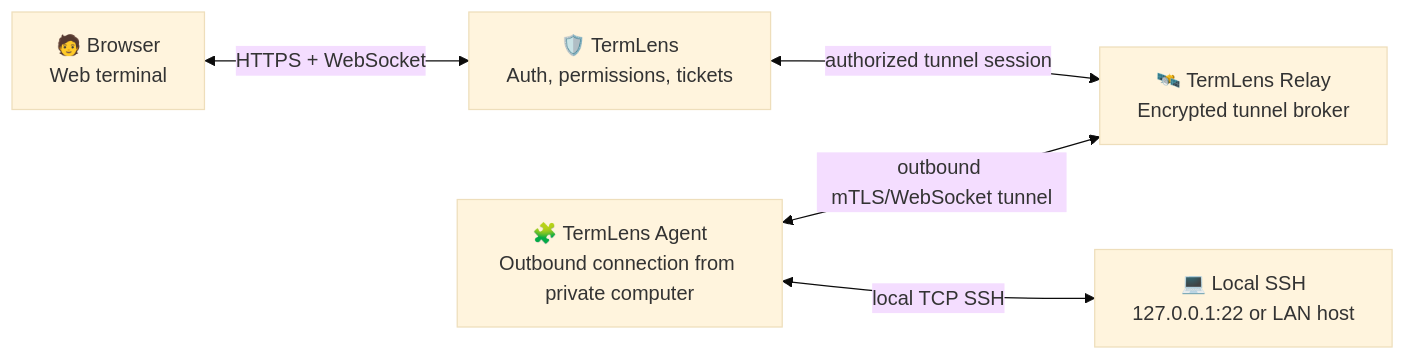
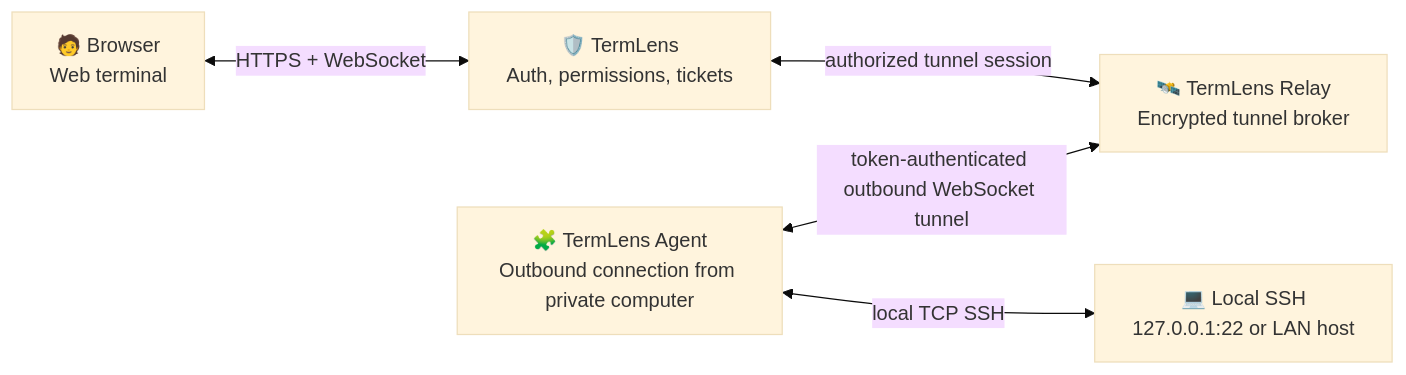
The first of 2 diagrams in ROADMAP.md (difflens-io/termlens), drawn with Mermaid (base theme) before and after one commit. The commit also changed other lines of this file and 17 other files, not shown here.

````diff
--- a/ROADMAP.md
+++ b/ROADMAP.md
@@ -45,13 +45,13 @@
 ```mermaid
 flowchart LR
   Browser["🧑 Browser<br/>Web terminal"]
   TermLens["🛡️ TermLens<br/>Auth, permissions, tickets"]
   Relay["🛰️ TermLens Relay<br/>Encrypted tunnel broker"]
   Agent["🧩 TermLens Agent<br/>Outbound connection from private computer"]
   LocalSSH["💻 Local SSH<br/>127.0.0.1:22 or LAN host"]
 
   Browser <-->|HTTPS + WebSocket| TermLens
   TermLens <-->|authorized tunnel session| Relay
-  Agent <-->|outbound mTLS/WebSocket tunnel| Relay
+  Agent <-->|token-authenticated outbound WebSocket tunnel| Relay
   Agent <-->|local TCP SSH| LocalSSH
 ```
````
